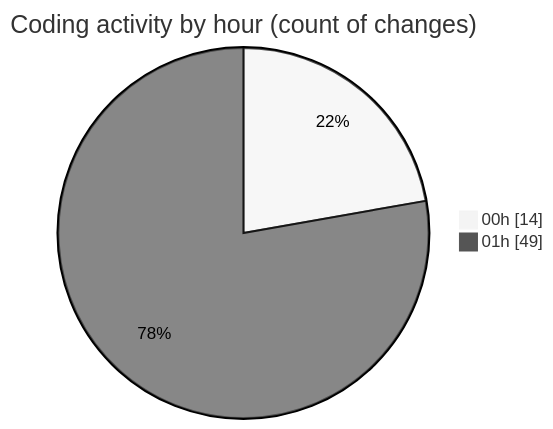
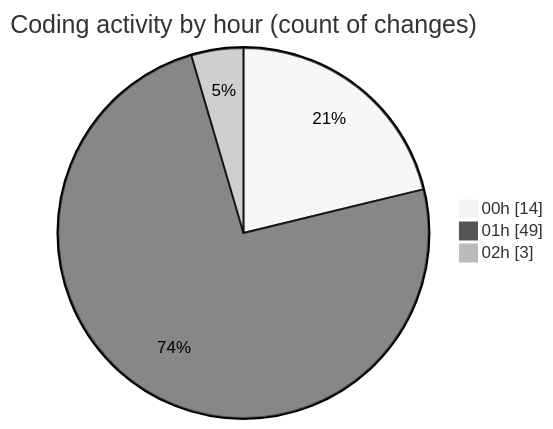
Before and after one commit to momahboobian/code-tracking: the second of 2 diagrams in 2025-01-11/good-pr/README.md, drawn with Mermaid (neutral theme). The commit also changed other lines of this file and 1 other file, not shown here.

````diff
--- a/2025-01-11/good-pr/README.md
+++ b/2025-01-11/good-pr/README.md
@@ -51,6 +51,7 @@
 ```mermaid
 pie showData
 title Coding activity by hour (count of changes)
 "00h" : 14
 "01h" : 49
+"02h" : 3
 ```
````
